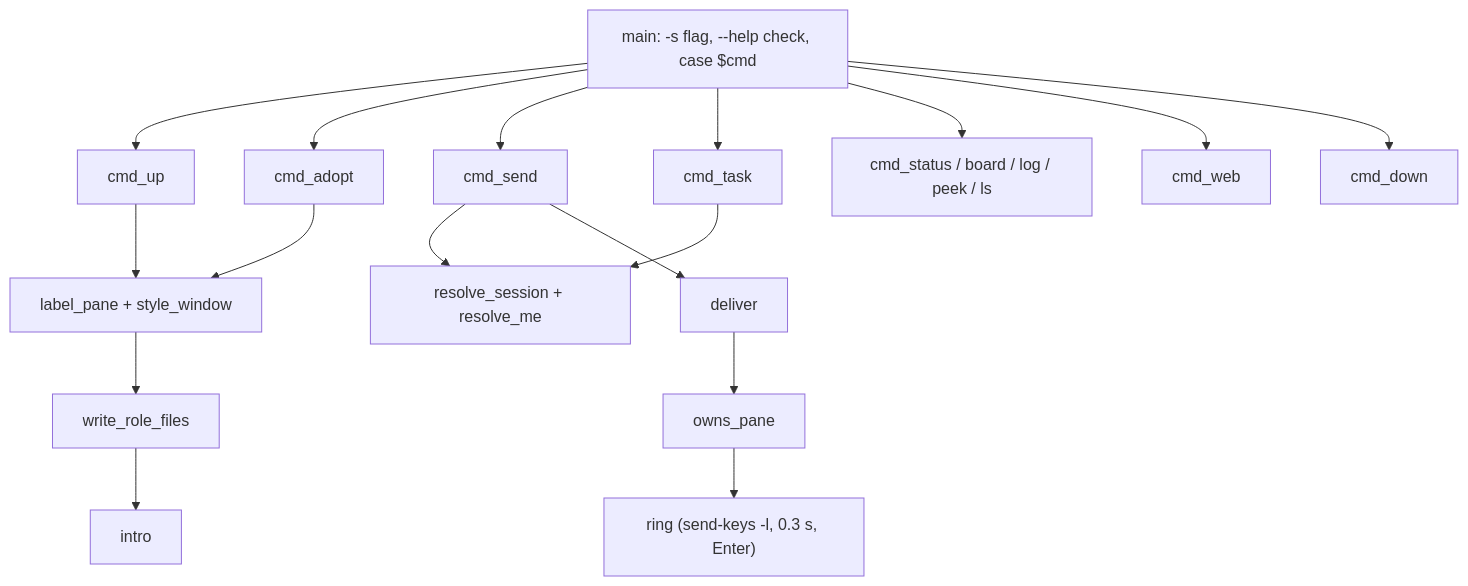
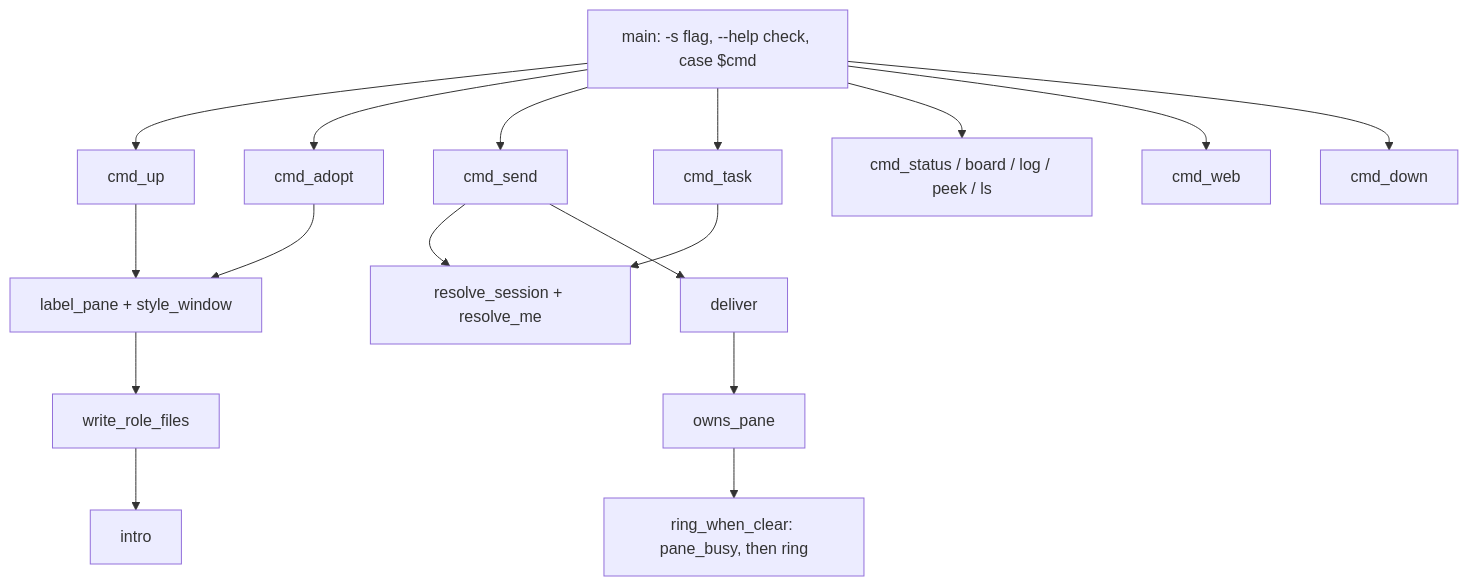
The diagram in lode/cli/summary.md (mifwar/crew), drawn with Mermaid before and after one commit. The commit also changed other lines of this file and 3 other files, not shown here.

````diff
--- a/lode/cli/summary.md
+++ b/lode/cli/summary.md
@@ -31,7 +31,7 @@
 ```mermaid
 flowchart TD
   main["main: -s flag, --help check, case $cmd"] --> up[cmd_up] & adopt[cmd_adopt] & send[cmd_send] & task[cmd_task] & view["cmd_status / board / log / peek / ls"] & web[cmd_web] & down[cmd_down]
   send & task --> resolve["resolve_session + resolve_me"]
-  send --> deliver --> owns[owns_pane] --> ring["ring (send-keys -l, 0.3 s, Enter)"]
+  send --> deliver --> owns[owns_pane] --> ringw["ring_when_clear: pane_busy, then ring"]
   up & adopt --> label[label_pane + style_window] --> roles[write_role_files] --> intro
 ```
````
